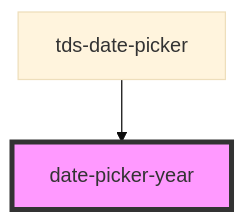
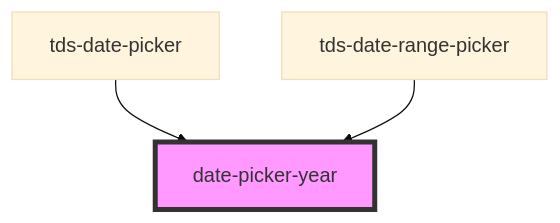
Before and after one commit to scania-digital-design-system/tegel: the diagram in packages/core/src/components/date-picker/year/readme.md, drawn with Mermaid (base theme). The commit also changed other lines of this file and 17 other files, not shown here.

````diff
--- a/packages/core/src/components/date-picker/year/readme.md
+++ b/packages/core/src/components/date-picker/year/readme.md
@@ -23,5 +25,6 @@
 ```mermaid
 graph TD;
   tds-date-picker --> date-picker-year
+  tds-date-range-picker --> date-picker-year
   style date-picker-year fill:#f9f,stroke:#333,stroke-width:4px
 ```
````
